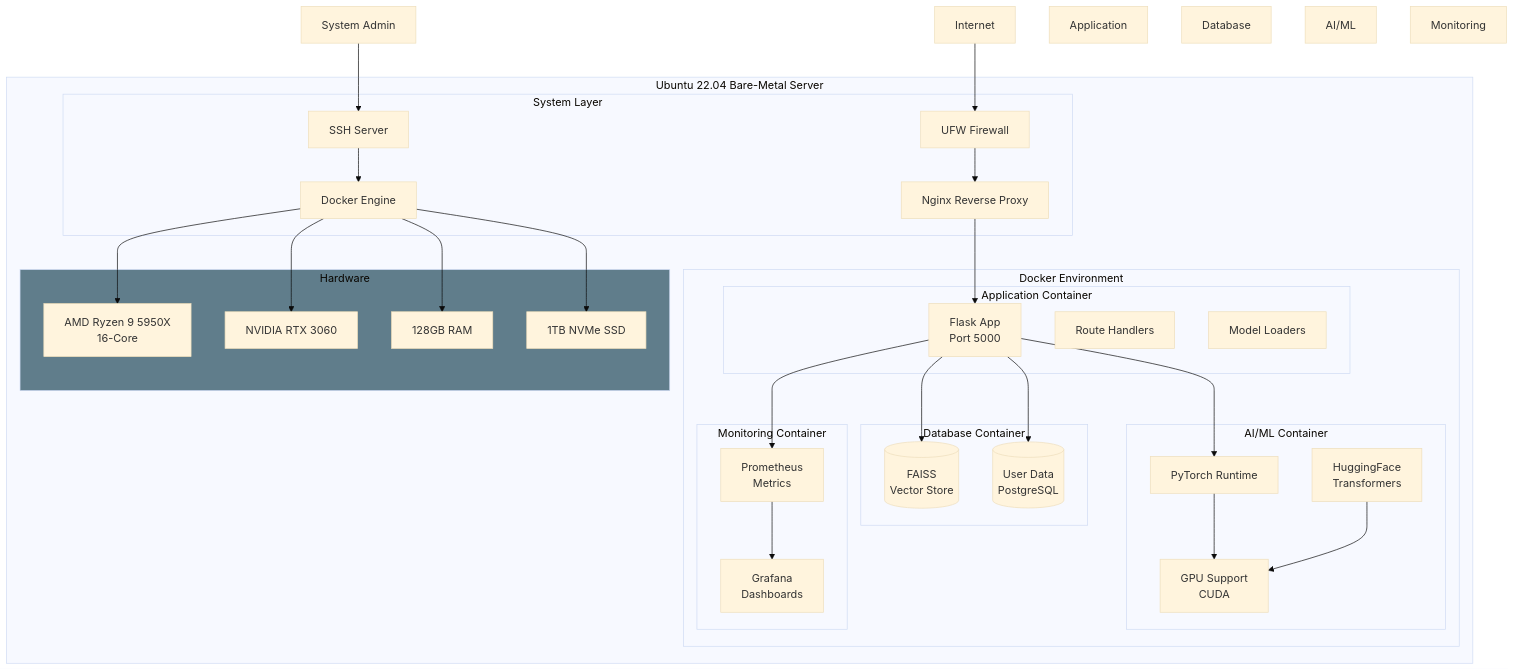
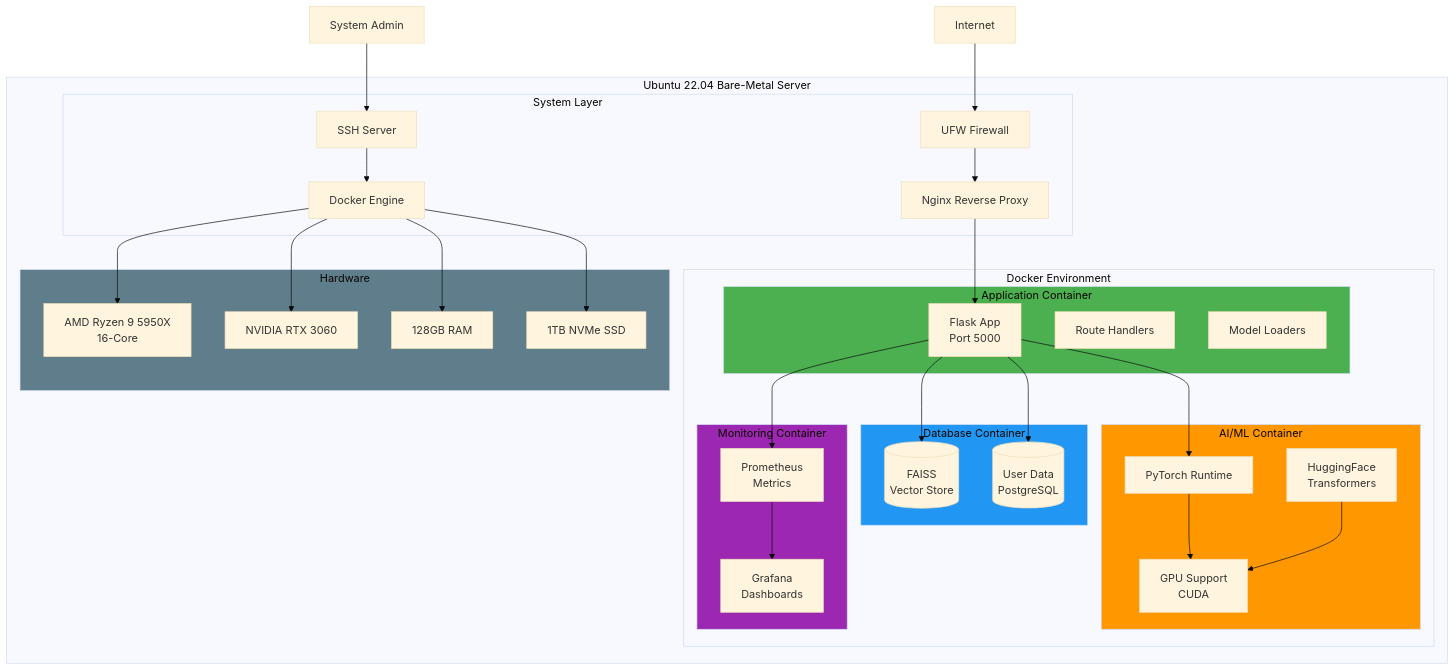
One commit to danindiana/PathfinderLM changed the fifth of 6 diagrams in README.md. Above: the diagram before and after it, drawn with Mermaid (base theme). The commit also changed other lines of this file, not shown here.

First line of the commit message:
Fix all mermaid diagram subgraph syntax for GitHub rendering

````diff
--- a/README.md
+++ b/README.md
@@ -283,70 +283,70 @@
 ```mermaid
 graph TB
-    subgraph "Ubuntu 22.04 Bare-Metal Server"
-        subgraph "Docker Environment"
-            subgraph "Application Container"
+    subgraph UbuntuServer["Ubuntu 22.04 Bare-Metal Server"]
+        subgraph DockerEnv["Docker Environment"]
+            subgraph AppContainer["Application Container"]
                 Flask[Flask App<br/>Port 5000]
                 Routes[Route Handlers]
                 Models[Model Loaders]
             end
 
-            subgraph "Database Container"
+            subgraph DBContainer["Database Container"]
                 VectorDB[(FAISS<br/>Vector Store)]
                 UserDB[(User Data<br/>PostgreSQL)]
             end
 
-            subgraph "AI/ML Container"
+            subgraph AIMLContainer["AI/ML Container"]
                 GPU[GPU Support<br/>CUDA]
                 PyTorch[PyTorch Runtime]
                 Transformers[HuggingFace<br/>Transformers]
             end
 
-            subgraph "Monitoring Container"
+            subgraph MonitorContainer["Monitoring Container"]
                 Prometheus[Prometheus<br/>Metrics]
                 Grafana[Grafana<br/>Dashboards]
             end
         end
 
-        subgraph "System Layer"
+        subgraph SystemLayer["System Layer"]
             Docker[Docker Engine]
             Nginx[Nginx Reverse Proxy]
             Firewall[UFW Firewall]
             SSH[SSH Server]
         end
 
-        subgraph "Hardware"
+        subgraph Hardware["Hardware"]
             CPU[AMD Ryzen 9 5950X<br/>16-Core]
             GPUHard[NVIDIA RTX 3060]
             RAM[128GB RAM]
             Storage[1TB NVMe SSD]
         end
     end
 
     Internet[Internet] --> Firewall
     Firewall --> Nginx
     Nginx --> Flask
 
     Flask --> VectorDB
     Flask --> UserDB
     Flask --> PyTorch
 
     PyTorch --> GPU
     Transformers --> GPU
 
     Flask --> Prometheus
     Prometheus --> Grafana
 
     Docker --> CPU
     Docker --> GPUHard
     Docker --> RAM
     Docker --> Storage
 
     Admin[System Admin] --> SSH
     SSH --> Docker
 
-    style Application Container fill:#4CAF50
-    style Database Container fill:#2196F3
-    style AI/ML Container fill:#FF9800
-    style Monitoring Container fill:#9C27B0
+    style AppContainer fill:#4CAF50
+    style DBContainer fill:#2196F3
+    style AIMLContainer fill:#FF9800
+    style MonitorContainer fill:#9C27B0
     style Hardware fill:#607D8B
 ```
````
